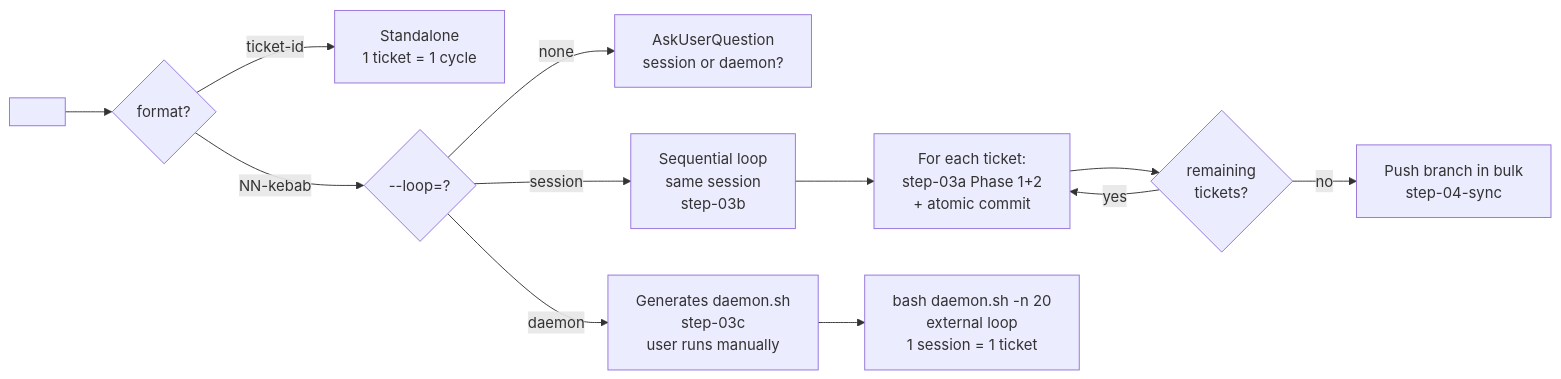
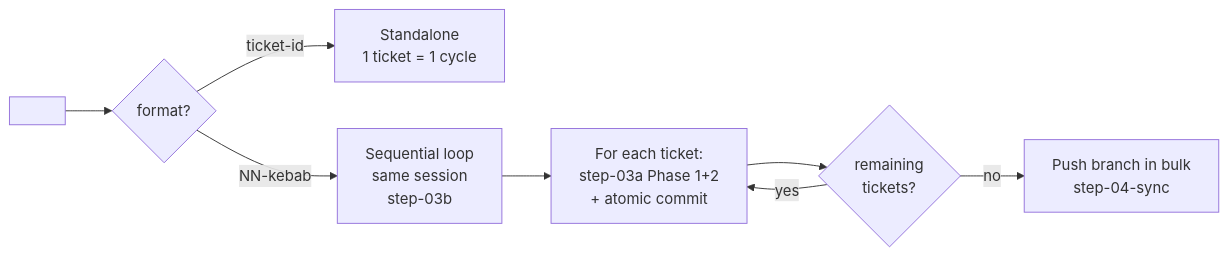
Before and after one commit to BryanBerger98/snapship-plugin: the fifth of 10 diagrams in docs/usage/diagram.md, drawn with Mermaid. The commit also changed other lines of this file and 19 other files, not shown here.

````diff
--- a/docs/usage/diagram.md
+++ b/docs/usage/diagram.md
@@ -104,16 +104,11 @@
 ```mermaid
 flowchart LR
     ARG[<arg>] --> MATCH{format?}
     MATCH -->|ticket-id| STD[Standalone<br/>1 ticket = 1 cycle]
-    MATCH -->|NN-kebab| LOOP{--loop=?}
-    LOOP -->|none| ASK[AskUserQuestion<br/>session or daemon?]
-    LOOP -->|session| SESS[Sequential loop<br/>same session<br/>step-03b]
-    LOOP -->|daemon| DAEMON[Generates daemon.sh<br/>step-03c<br/>user runs manually]
+    MATCH -->|NN-kebab| SESS[Sequential loop<br/>same session<br/>step-03b]
 
     SESS --> ITER[For each ticket:<br/>step-03a Phase 1+2<br/>+ atomic commit]
     ITER --> NEXT{remaining<br/>tickets?}
     NEXT -->|yes| ITER
     NEXT -->|no| PUSH[Push branch in bulk<br/>step-04-sync]
-
-    DAEMON --> MANUAL[bash daemon.sh -n 20<br/>external loop<br/>1 session = 1 ticket]
 ```
````
